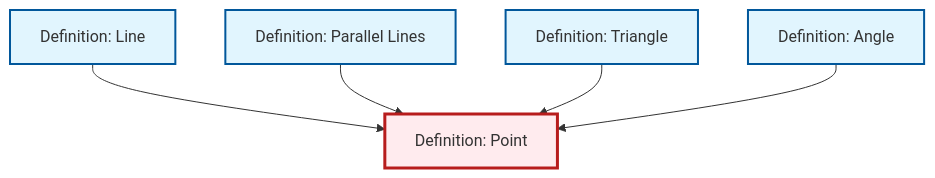
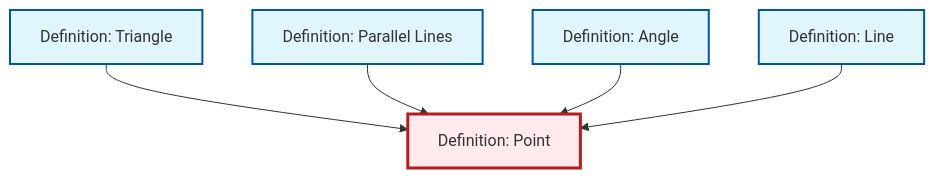
One commit to RK0429/ModernMath changed the diagram in content/ja/geometry/def-point.qmd. Above: the diagram before and after it, drawn with Mermaid. The commit also changed other lines of this file and 434 other files, not shown here.

````diff
--- a/content/ja/geometry/def-point.qmd
+++ b/content/ja/geometry/def-point.qmd
@@ -40,23 +40,23 @@
 ```{mermaid}
 %%| fig-cap: "Local dependency graph"
 graph TD
     classDef definition fill:#e1f5fe,stroke:#01579b,stroke-width:2px
     classDef theorem fill:#f3e5f5,stroke:#4a148c,stroke-width:2px
     classDef axiom fill:#fff3e0,stroke:#e65100,stroke-width:2px
     classDef example fill:#e8f5e9,stroke:#1b5e20,stroke-width:2px
     classDef current fill:#ffebee,stroke:#b71c1c,stroke-width:3px
-    def-parallel["Definition: Parallel Lines"]:::definition
     def-line["Definition: Line"]:::definition
     def-triangle["Definition: Triangle"]:::definition
     def-angle["Definition: Angle"]:::definition
+    def-parallel["Definition: Parallel Lines"]:::definition
     def-point["Definition: Point"]:::definition
+    def-triangle --> def-point
+    def-parallel --> def-point
+    def-angle --> def-point
     def-line --> def-point
-    def-parallel --> def-point
-    def-triangle --> def-point
-    def-angle --> def-point
     class def-point current
-    click def-parallel "def-parallel.html" "Definition: Parallel Linesへ"
     click def-line "def-line.html" "Definition: Lineへ"
     click def-triangle "def-triangle.html" "Definition: Triangleへ"
     click def-angle "def-angle.html" "Definition: Angleへ"
+    click def-parallel "def-parallel.html" "Definition: Parallel Linesへ"
 ```
````
